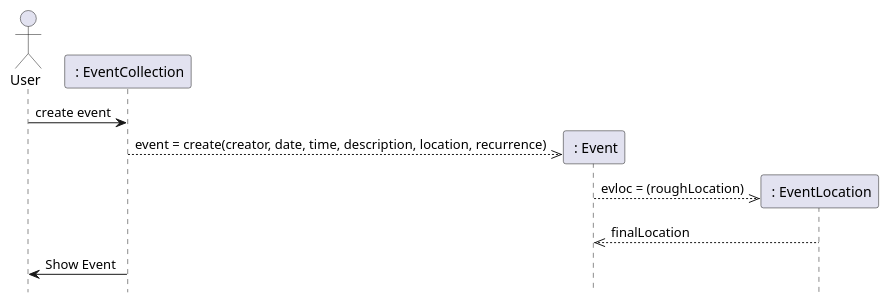
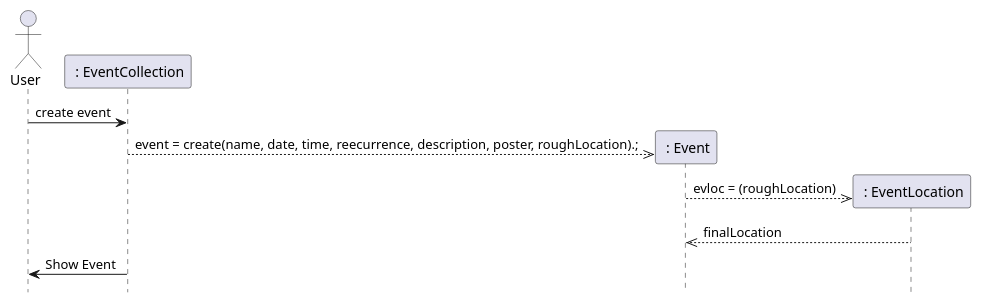
One commit to seamusgould/WhatsUpApp changed the second of 3 diagrams in doc/design.md. Above: the diagram before and after it, drawn with PlantUML. The commit also changed 3 other files, not shown here.

````diff
--- a/doc/design.md
+++ b/doc/design.md
@@ -60,20 +60,20 @@
 ```plantuml
 
 @startuml
 hide footbox
 actor User as user
 participant " : EventCollection" as coll
 participant " : Event" as event
 participant " : EventLocation" as evloc
 
 user -> coll: create event
 
-coll -->> event **: event = create(creator, date, time, description, location, recurrence)
+coll -->> event **: event = create(name, date, time, reecurrence, description, poster, roughLocation).;
 event -->> evloc **: evloc = (roughLocation)
 
 evloc -->> event: finalLocation
 
 coll -> user: Show Event
 
 @enduml
 ```
````
